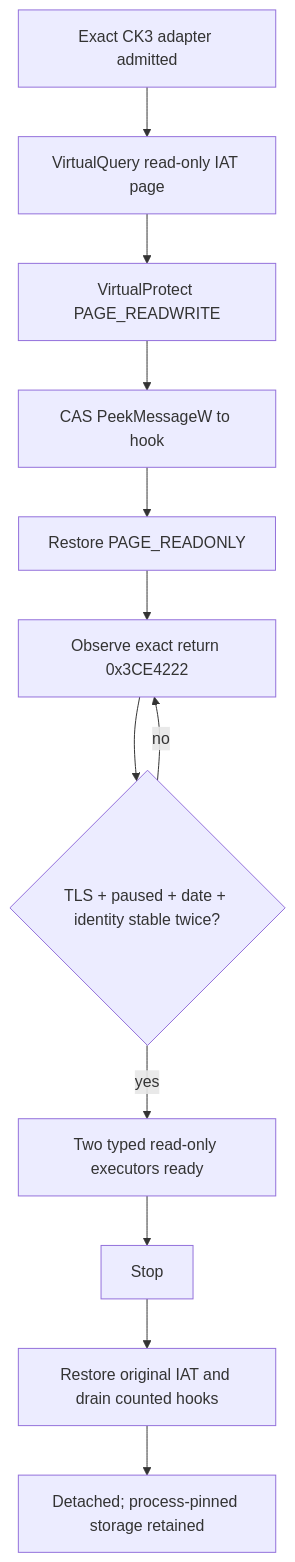
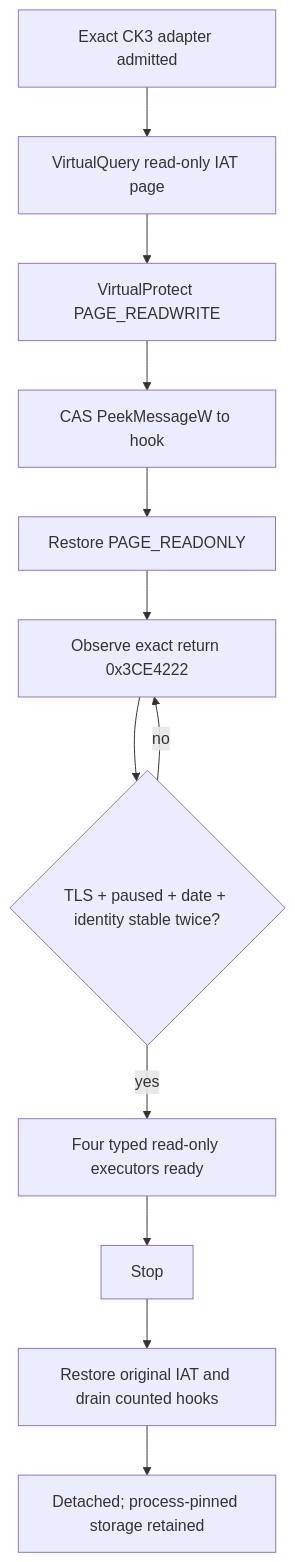
One commit to XenoAmess/ck3_eternal_recurrence changed the first of 2 diagrams in docs/ck3-native-ai/main-thread-query-mailbox.md. Above: the diagram before and after it, drawn with Mermaid. The commit also changed other lines of this file and 54 other files, not shown here.

````diff
--- a/docs/ck3-native-ai/main-thread-query-mailbox.md
+++ b/docs/ck3-native-ai/main-thread-query-mailbox.md
@@ -73,14 +77,14 @@
 ```mermaid
 flowchart TD
     A[Exact CK3 adapter admitted] --> B[VirtualQuery read-only IAT page]
     B --> C[VirtualProtect PAGE_READWRITE]
     C --> D[CAS PeekMessageW to hook]
     D --> E[Restore PAGE_READONLY]
     E --> F[Observe exact return 0x3CE4222]
     F --> G{TLS + paused + date + identity stable twice?}
     G -- no --> F
-    G -- yes --> H[Two typed read-only executors ready]
+    G -- yes --> H[Four typed read-only executors ready]
     H --> I[Stop]
     I --> J[Restore original IAT and drain counted hooks]
     J --> K[Detached; process-pinned storage retained]
 ```
````
